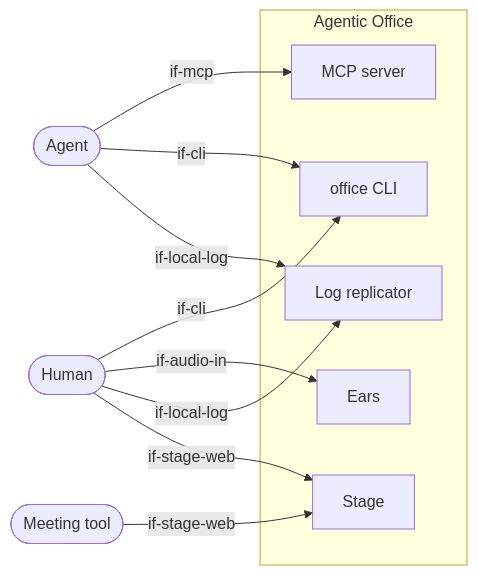
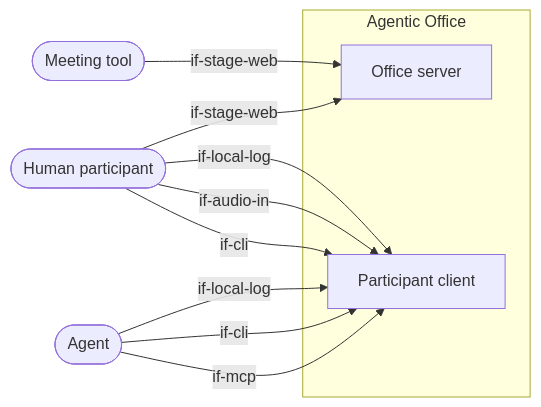
One commit to mrsimpson/agentic-office changed the diagram in docs/architecture/03-system-context.arc42.md. Above: the diagram before and after it, drawn with Mermaid. The commit also changed other lines of this file and 12 other files, not shown here.

````diff
--- a/docs/architecture/03-system-context.arc42.md
+++ b/docs/architecture/03-system-context.arc42.md
@@ -18,21 +19,18 @@
 ```mermaid
 flowchart LR
-    actor_human([Human])
     actor_agent([Agent])
-    actor_meeting([Meeting tool])
+    actor_human([Human participant])
+    actor_meeting_tool([Meeting tool])
     subgraph office [Agentic Office]
-        bb_cli[office CLI]
-        bb_mcp[MCP server]
-        bb_replicator[Log replicator]
-        bb_ears[Ears]
-        bb_stage[Stage]
+        bb_office_server[Office server]
+        bb_participant_client[Participant client]
     end
-    actor_human -->|if-cli| bb_cli
-    actor_human -->|if-audio-in| bb_ears
-    actor_human -->|if-local-log| bb_replicator
-    actor_human -->|if-stage-web| bb_stage
-    actor_agent -->|if-mcp| bb_mcp
-    actor_agent -->|if-cli| bb_cli
-    actor_agent -->|if-local-log| bb_replicator
-    actor_meeting -->|if-stage-web| bb_stage
+    actor_agent -->|if-mcp| bb_participant_client
+    actor_agent -->|if-cli| bb_participant_client
+    actor_agent -->|if-local-log| bb_participant_client
+    actor_human -->|if-cli| bb_participant_client
+    actor_human -->|if-audio-in| bb_participant_client
+    actor_human -->|if-local-log| bb_participant_client
+    actor_human -->|if-stage-web| bb_office_server
+    actor_meeting_tool -->|if-stage-web| bb_office_server
 ```
````
